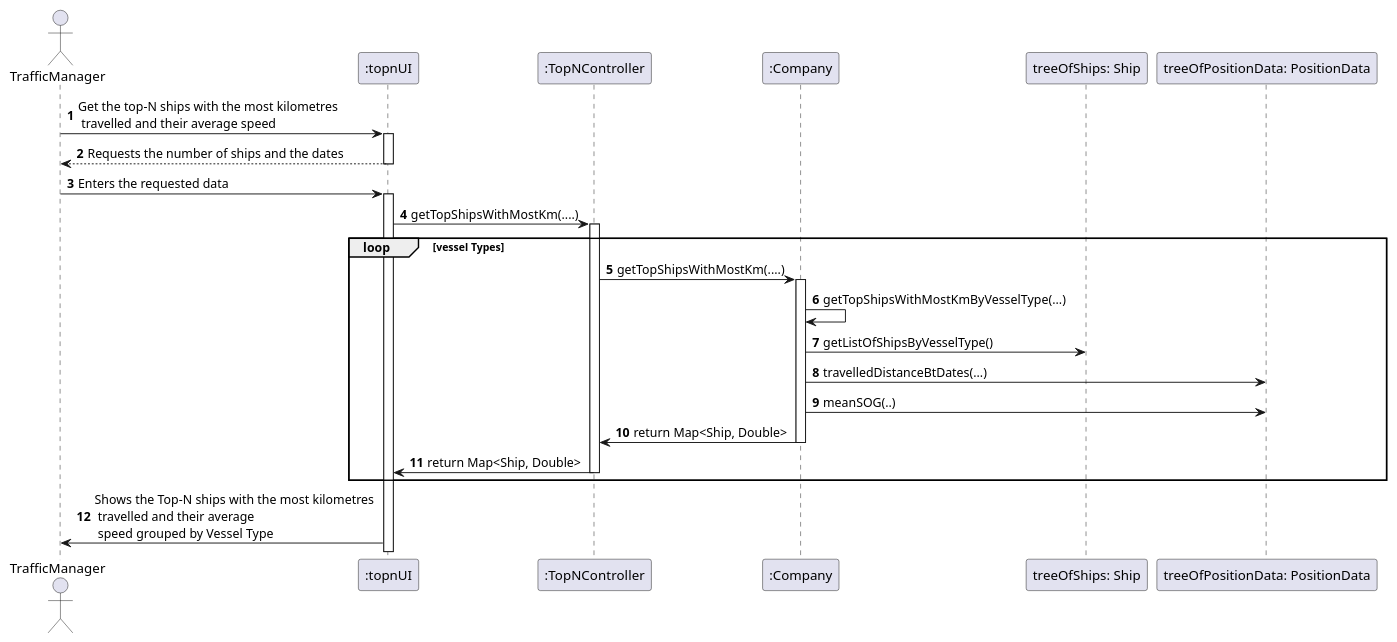
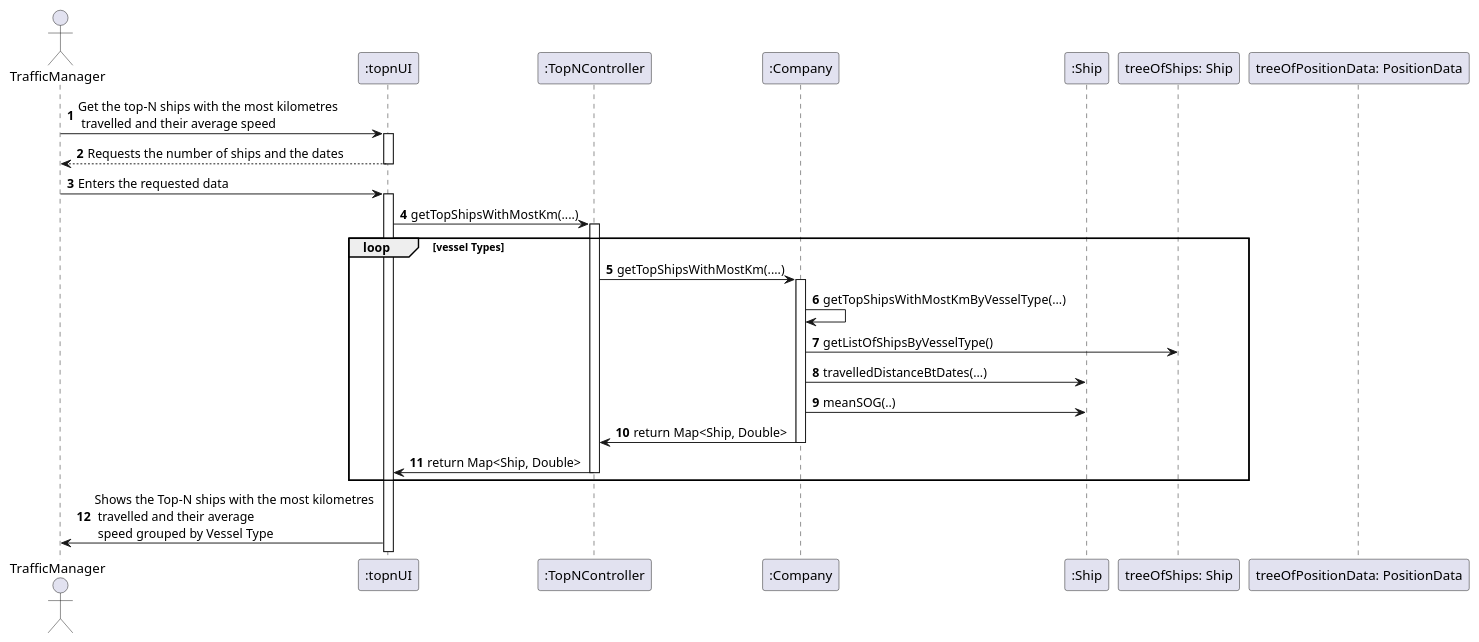
Before and after one commit to LourencoMelo/ISEP-LAPR3-ESINF: the diagram in Docs/Sprint1/US106/SD.puml, drawn with PlantUML. The commit also changed 9 other files, not shown here.

```diff
--- a/Docs/Sprint1/US106/SD.puml
+++ b/Docs/Sprint1/US106/SD.puml
@@ -1,37 +1,38 @@
 @startuml
 'https://plantuml.com/sequence-diagram
 
 autonumber
 
 actor       TrafficManager             as TM
 participant    ":topnUI"         as UI
 participant    ":TopNController" as CTRL
 participant    ":Company"              as Company
+participant    ":Ship" as Ship
 participant    "treeOfShips: Ship"            as TreeOfShips
 participant    "treeOfPositionData: PositionData"            as TreeOfPosition
 
 
 TM -> UI : Get the top-N ships with the most kilometres \n travelled and their average speed
 activate UI
 UI --> TM: Requests the number of ships and the dates
 deactivate UI
 
 TM -> UI : Enters the requested data
 activate UI
 
     UI-> CTRL : getTopShipsWithMostKm(....)
     activate CTRL
 loop vessel Types
     CTRL -> Company : getTopShipsWithMostKm(....)
     activate Company
     Company -> Company : getTopShipsWithMostKmByVesselType(...)
     Company -> TreeOfShips : getListOfShipsByVesselType()
-    Company -> TreeOfPosition : travelledDistanceBtDates(...)
-    Company -> TreeOfPosition : meanSOG(..)
+    Company -> Ship : travelledDistanceBtDates(...)
+    Company -> Ship : meanSOG(..)
     Company -> CTRL : return Map<Ship, Double>
     deactivate Company
     CTRL -> UI : return Map<Ship, Double>
     deactivate CTRL
 end
 UI -> TM : Shows the Top-N ships with the most kilometres \n travelled and their average \n speed grouped by Vessel Type
 @enduml
```
